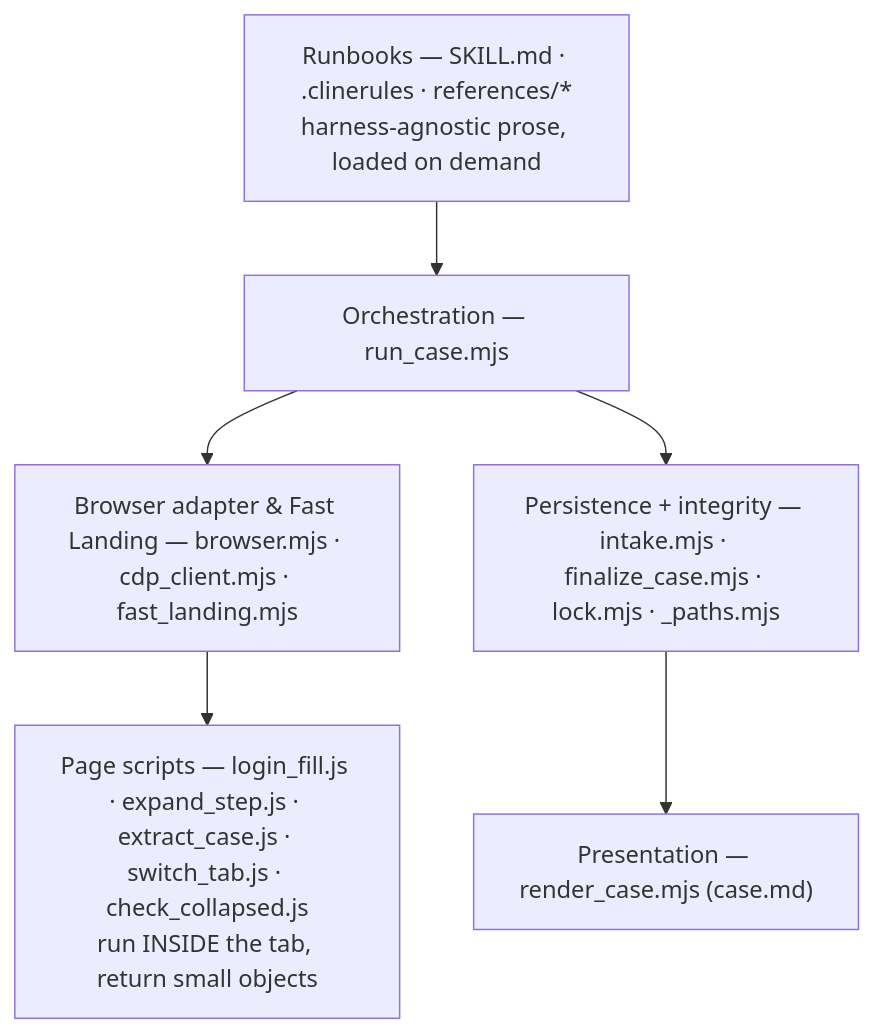
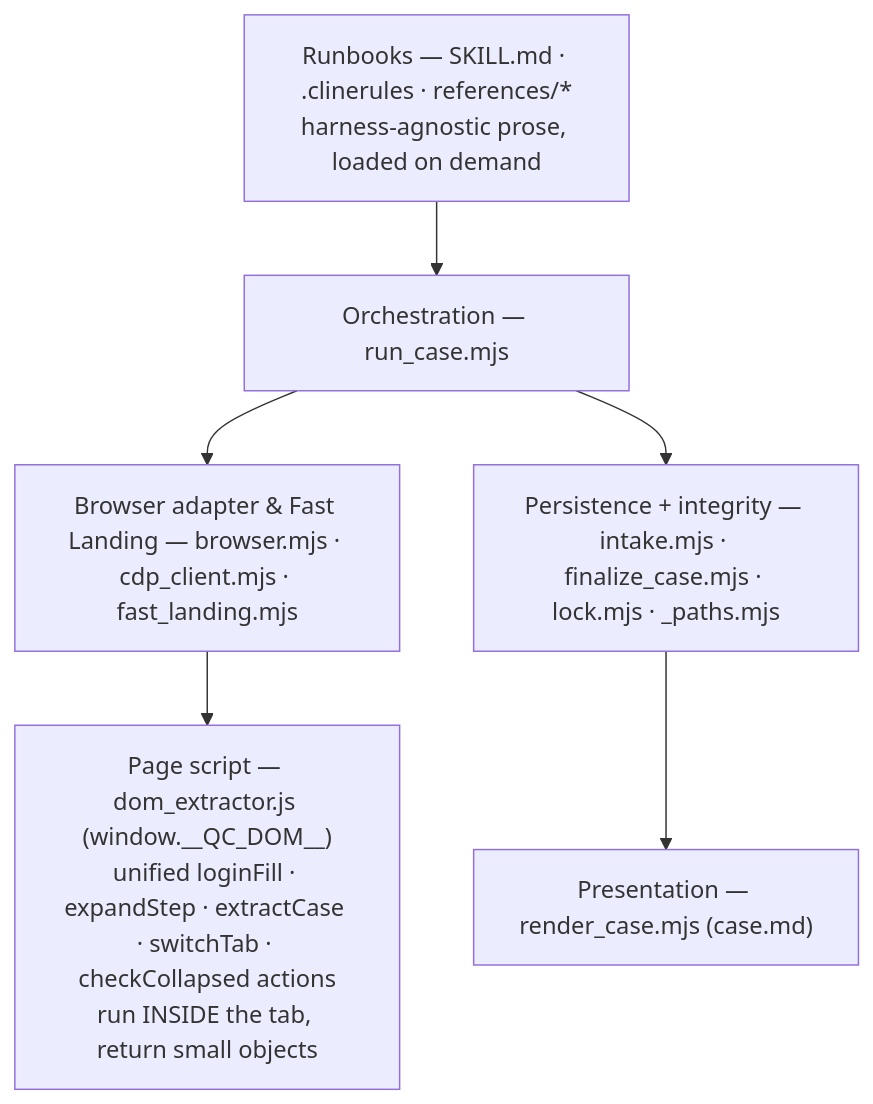
Before and after one commit to congtubkbn/qualcomm-case-agent: the second of 4 diagrams in docs/DESIGN.md, drawn with Mermaid. The commit also changed other lines of this file and 4 other files, not shown here.

First line of the commit message:
docs(qcomm): purge stale extractor script refs, re-anchor to dom_extractor.js

````diff
--- a/docs/DESIGN.md
+++ b/docs/DESIGN.md
@@ -98,11 +98,11 @@
 ```mermaid
 graph TD
   A["Runbooks — SKILL.md · .clinerules · references/*<br/>harness-agnostic prose, loaded on demand"]
   B["Orchestration — run_case.mjs"]
   C["Browser adapter & Fast Landing — browser.mjs · cdp_client.mjs · fast_landing.mjs"]
-  D["Page scripts — login_fill.js · expand_step.js · extract_case.js · switch_tab.js · check_collapsed.js<br/>run INSIDE the tab, return small objects"]
+  D["Page script — dom_extractor.js (window.__QC_DOM__)<br/>unified loginFill · expandStep · extractCase · switchTab · checkCollapsed actions<br/>run INSIDE the tab, return small objects"]
   E["Persistence + integrity — intake.mjs · finalize_case.mjs · lock.mjs · _paths.mjs"]
   F["Presentation — render_case.mjs (case.md)"]
   A --> B --> C --> D
   B --> E --> F
 ```
````
